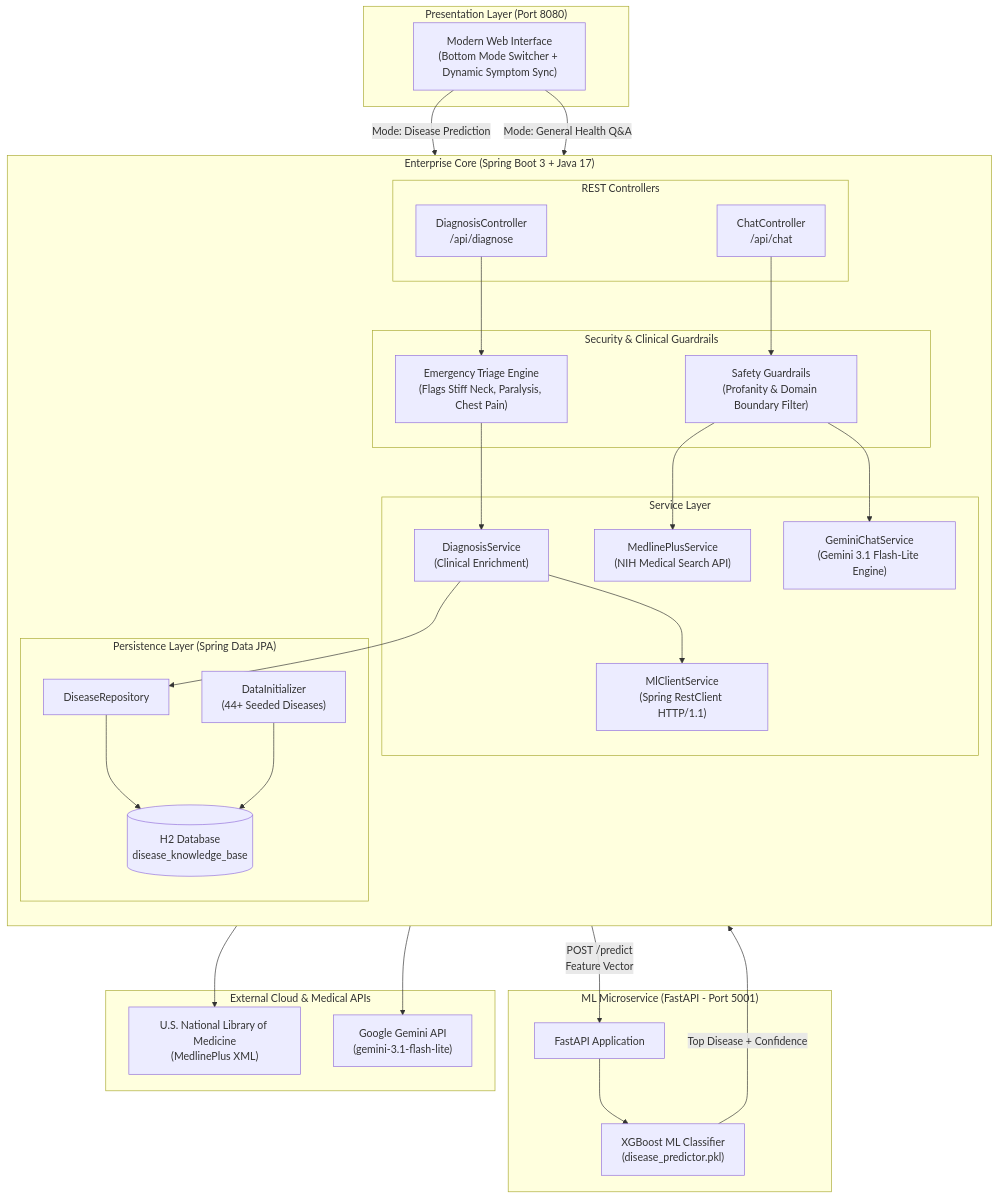
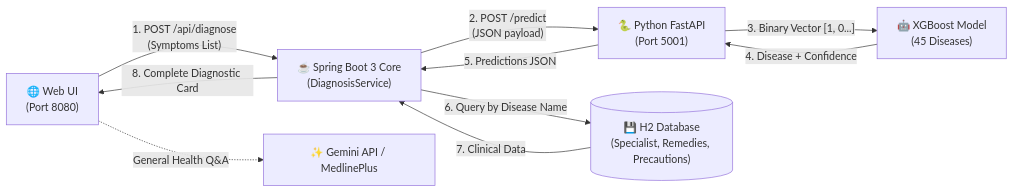
One commit to Mohammed-AjmalRais/Ai-Med-Springboot changed the diagram in README.md. Above: the diagram before and after it, drawn with Mermaid. The commit also changed other lines of this file and 34 other files, not shown here.

````diff
--- a/README.md
+++ b/README.md
@@ -17,62 +11,16 @@
 ```mermaid
-flowchart TD
-    subgraph Client["Presentation Layer (Port 8080)"]
-        UI["Modern Web Interface\n(Bottom Mode Switcher + Dynamic Symptom Sync)"]
-    end
+flowchart LR
+    Client["🌐 Web UI\n(Port 8080)"] -->|"1. POST /api/diagnose\n(Symptoms List)"| SpringBoot["☕ Spring Boot 3 Core\n(DiagnosisService)"]
+    
+    SpringBoot -->|"2. POST /predict\n(JSON payload)"| Python["🐍 Python FastAPI\n(Port 5001)"]
+    Python -->|"3. Binary Vector [1, 0...]"| XGB["🤖 XGBoost Model\n(45 Diseases)"]
+    XGB -->|"4. Disease + Confidence"| Python
+    Python -->|"5. Predictions JSON"| SpringBoot
+    
+    SpringBoot -->|"6. Query by Disease Name"| H2[("💾 H2 Database\n(Specialist, Remedies, Precautions)")]
+    H2 -->|"7. Clinical Data"| SpringBoot
+    
+    SpringBoot -->|"8. Complete Diagnostic Card"| Client
 
-    subgraph SpringBoot["Enterprise Core (Spring Boot 3 + Java 17)"]
-        direction TB
-        subgraph Controllers["REST Controllers"]
-            DC["DiagnosisController\n/api/diagnose"]
-            CC["ChatController\n/api/chat"]
-        end
-
-        subgraph Guardrails["Security & Clinical Guardrails"]
-            TR["Emergency Triage Engine\n(Flags Stiff Neck, Paralysis, Chest Pain)"]
-            SG["Safety Guardrails\n(Profanity & Domain Boundary Filter)"]
-        end
-
-        subgraph Services["Service Layer"]
-            DS["DiagnosisService\n(Clinical Enrichment)"]
-            MLC["MlClientService\n(Spring RestClient HTTP/1.1)"]
-            MPC["MedlinePlusService\n(NIH Medical Search API)"]
-            GCS["GeminiChatService\n(Gemini 3.1 Flash-Lite Engine)"]
-        end
-
-        subgraph DataLayer["Persistence Layer (Spring Data JPA)"]
-            DR["DiseaseRepository"]
-            H2[("H2 Database\ndisease_knowledge_base")]
-            INIT["DataInitializer\n(44+ Seeded Diseases)"]
-        end
-    end
-
-    subgraph PythonML["ML Microservice (FastAPI - Port 5001)"]
-        FA["FastAPI Application"]
-        XGB["XGBoost ML Classifier\n(disease_predictor.pkl)"]
-    end
-
-    subgraph ExternalServices["External Cloud & Medical APIs"]
-        NLM["U.S. National Library of Medicine\n(MedlinePlus XML)"]
-        GEMINI["Google Gemini API\n(gemini-3.1-flash-lite)"]
-    end
-
-    %% Routing
-    UI -->|Mode: Disease Prediction| DC
-    UI -->|Mode: General Health Q&A| CC
-
-    DC --> TR
-    TR --> DS
-    DS --> MLC
-    MLC -->|POST /predict\nFeature Vector| FA
-    FA --> XGB
-    XGB -->|Top Disease + Confidence| MLC
-    DS --> DR
-    DR --> H2
-    INIT --> H2
-
-    CC --> SG
-    SG --> MPC
-    SG --> GCS
-    MPC --> NLM
-    GCS --> GEMINI
+    Client -.->|"General Health Q&A"| Gemini["✨ Gemini API / MedlinePlus"]
 ```
````
